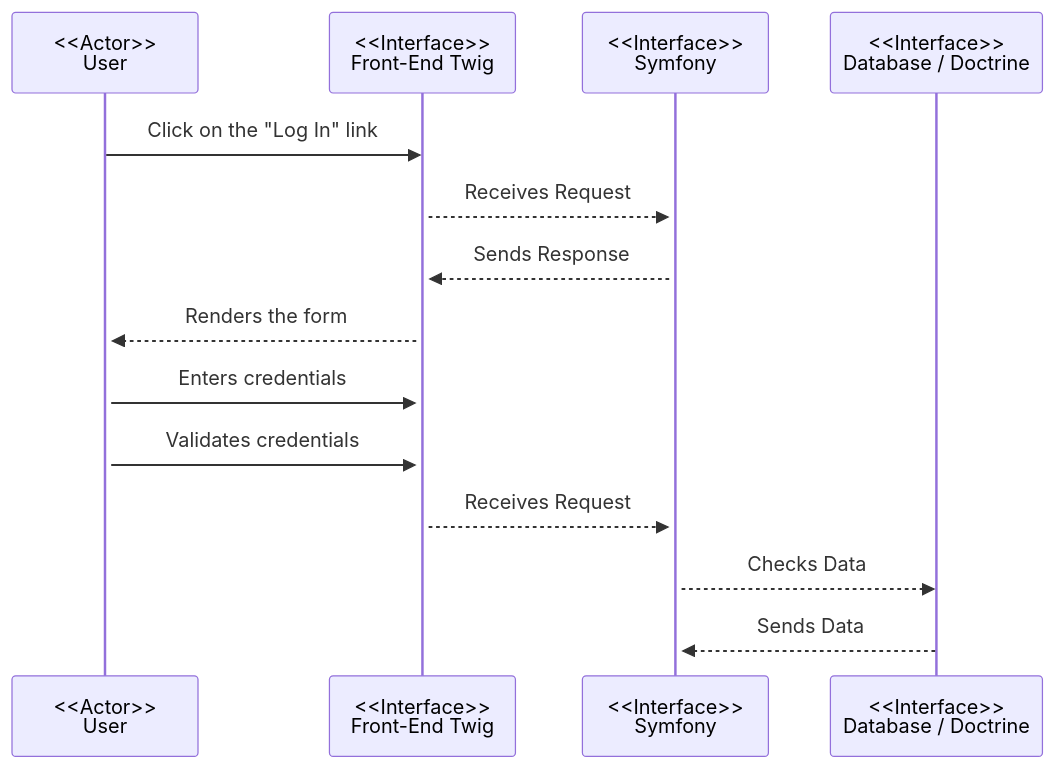
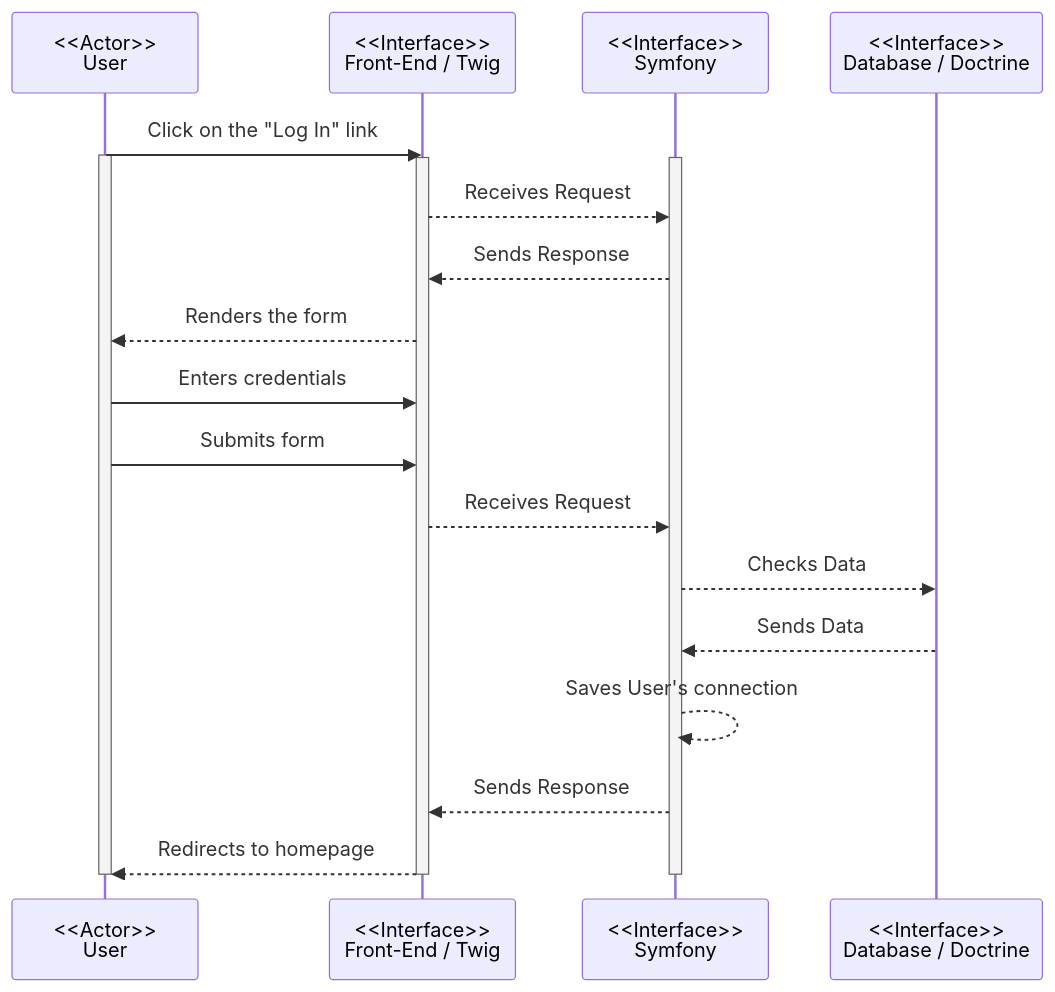
One commit to Palingenae/OC-P6-SnowTricks changed the diagram in doc/diagrams/Sequence_LogIn.md. Above: the diagram before and after it, drawn with Mermaid.

Commit message:
update: labels

````diff
--- a/doc/diagrams/Sequence_LogIn.md
+++ b/doc/diagrams/Sequence_LogIn.md
@@ -1,19 +1,25 @@
 ```mermaid
     sequenceDiagram
         participant U as <<Actor>><br/>User
-        participant F as <<Interface>><br/>Front-End Twig
+        participant T as <<Interface>><br/>Front-End / Twig
         participant S as <<Interface>><br/>Symfony
         participant D as <<Interface>><br/>Database / Doctrine
-        U ->> F: Click on the "Log In" link
+        U ->> T: Click on the "Log In" link
         activate U
-        activate F
+        activate T
         activate S
-        F -->> S: Receives Request
-        S -->> F: Sends Response
-        F -->> U: Renders the form
-        U ->> F: Enters credentials
-        U ->> F: Validates credentials
-        F -->> S: Receives Request
+        T -->> S: Receives Request
+        S -->> T: Sends Response
+        T -->> U: Renders the form
+        U ->> T: Enters credentials
+        U ->> T: Submits form
+        T -->> S: Receives Request
         S -->> D: Checks Data
         D -->> S: Sends Data
+        S -->> S: Saves User's connection
+        S -->> T: Sends Response
+        T -->> U: Redirects to homepage
+        deactivate S
+        deactivate T
+        deactivate U
 ```
````
